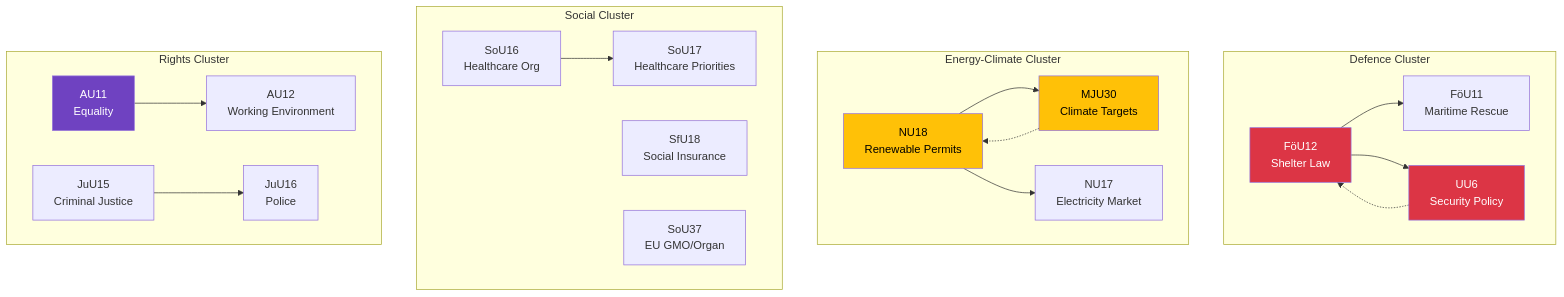
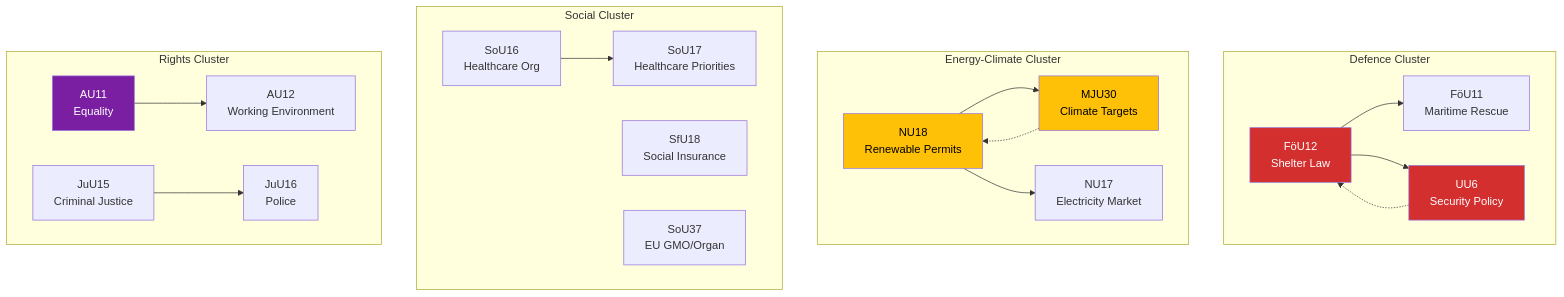
The diagram in analysis/daily/2026-04-09/committeeReports/cross-reference-map.md (Hack23/riksdagsmonitor), drawn with Mermaid before and after one commit. The commit also changed 785 other files, not shown here.

First line of the commit message:
Normalize mermaid colors across 786 analysis artifacts to ISMS Style Guide palette

````diff
--- a/analysis/daily/2026-04-09/committeeReports/cross-reference-map.md
+++ b/analysis/daily/2026-04-09/committeeReports/cross-reference-map.md
@@ -10,32 +10,32 @@
 ```mermaid
 graph TD
     subgraph "Defence Cluster"
         FOU12["FöU12<br/>Shelter Law"] --> FOU11["FöU11<br/>Maritime Rescue"]
         FOU12 --> UU6["UU6<br/>Security Policy"]
     end
     
     subgraph "Energy-Climate Cluster"
         NU18["NU18<br/>Renewable Permits"] --> MJU30["MJU30<br/>Climate Targets"]
         NU18 --> NU17["NU17<br/>Electricity Market"]
     end
     
     subgraph "Social Cluster"
         SOU16["SoU16<br/>Healthcare Org"] --> SOU17["SoU17<br/>Healthcare Priorities"]
         SFU18["SfU18<br/>Social Insurance"]
         SOU37["SoU37<br/>EU GMO/Organ"]
     end
     
     subgraph "Rights Cluster"
         AU11["AU11<br/>Equality"] --> AU12["AU12<br/>Working Environment"]
         JUU15["JuU15<br/>Criminal Justice"] --> JUU16["JuU16<br/>Police"]
     end
     
     UU6 -.-> FOU12
     MJU30 -.-> NU18
     
-    style FOU12 fill:#dc3545,color:#fff
-    style UU6 fill:#dc3545,color:#fff
-    style NU18 fill:#ffc107,color:#000
-    style MJU30 fill:#ffc107,color:#000
-    style AU11 fill:#6f42c1,color:#fff
+    style FOU12 fill:#D32F2F,color:#FFFFFF
+    style UU6 fill:#D32F2F,color:#FFFFFF
+    style NU18 fill:#FFC107,color:#000000
+    style MJU30 fill:#FFC107,color:#000000
+    style AU11 fill:#7B1FA2,color:#FFFFFF
 ```
````
